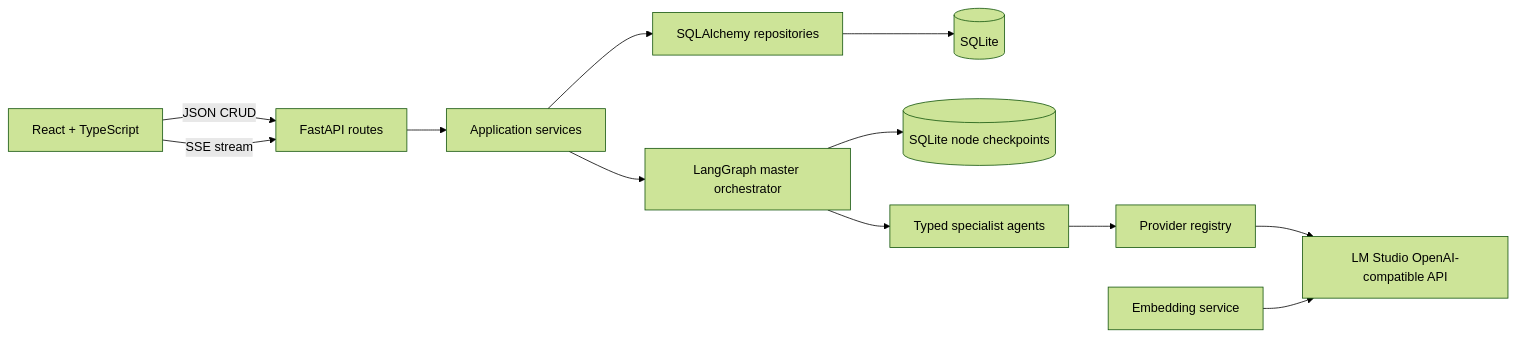
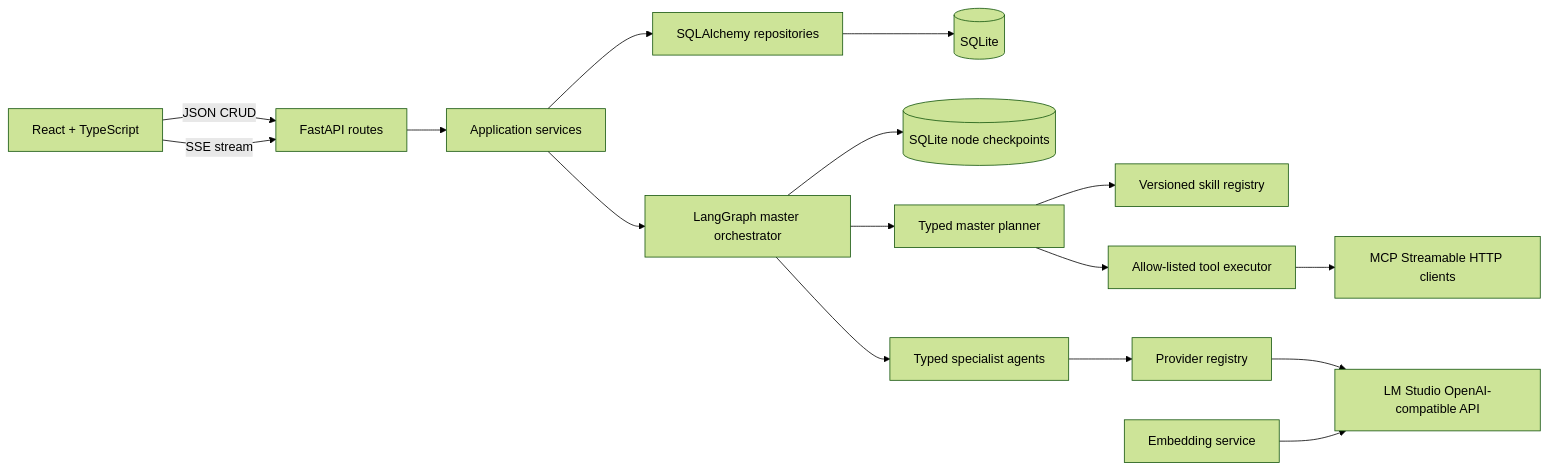
Before and after one commit to venkatesh27das/ai_for_data_platform: the diagram in docs/architecture.md, drawn with Mermaid (forest theme). The commit also changed other lines of this file and 38 other files, not shown here.

````diff
--- a/docs/architecture.md
+++ b/docs/architecture.md
@@ -3,14 +3,18 @@
 ```mermaid
 flowchart LR
   UI[React + TypeScript] -->|JSON CRUD| API[FastAPI routes]
   UI -->|SSE stream| API
   API --> Services[Application services]
   Services --> Repositories[SQLAlchemy repositories]
   Repositories --> SQLite[(SQLite)]
   Services --> Graph[LangGraph master orchestrator]
   Graph --> Checkpoints[(SQLite node checkpoints)]
+  Graph --> Planner[Typed master planner]
+  Planner --> Skills[Versioned skill registry]
+  Planner --> Tools[Allow-listed tool executor]
+  Tools --> MCP[MCP Streamable HTTP clients]
   Graph --> Agents[Typed specialist agents]
   Agents --> Registry[Provider registry]
   Registry --> LM[LM Studio OpenAI-compatible API]
   Embed[Embedding service] --> LM
 ```
````
